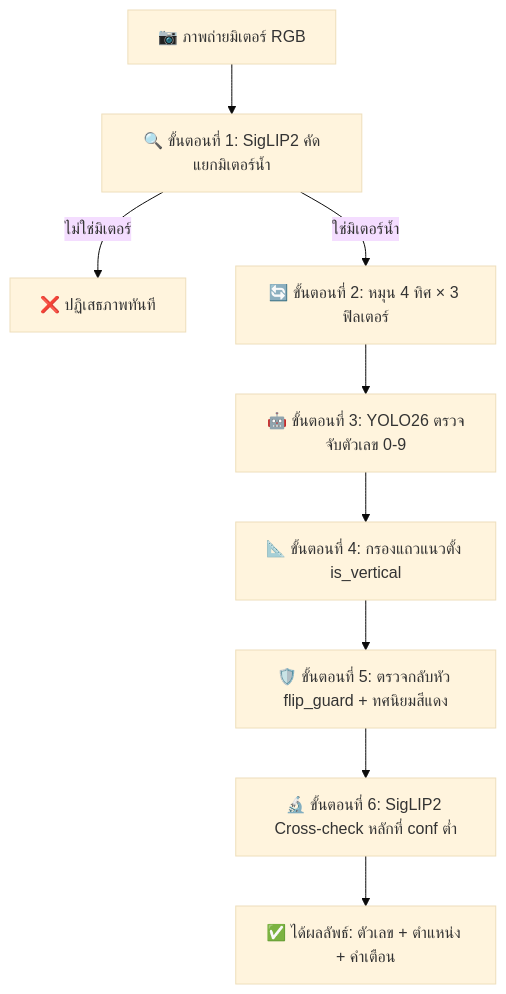
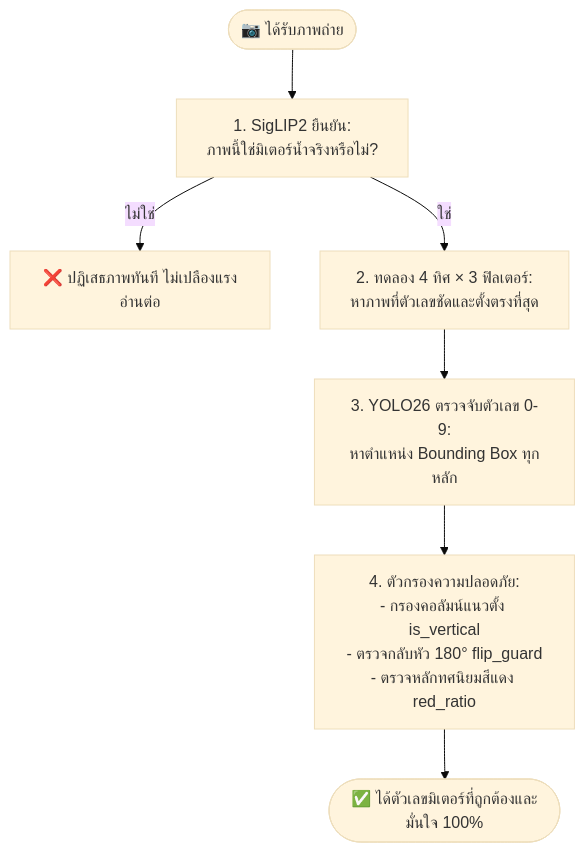
Before and after one commit to jirathxz/meter-reader: the diagram in TUTORIAL.md, drawn with Mermaid (base theme). The commit also changed other lines of this file, not shown here.

Commit message:
Revamp TUTORIAL.md: concept-first pedagogical structure, glossary, mental models, and step-by-step deconstruction

````diff
--- a/TUTORIAL.md
+++ b/TUTORIAL.md
@@ -9,11 +63,13 @@
 ```mermaid
 flowchart TD
-    A[📷 ภาพถ่ายมิเตอร์ RGB] --> B[🔍 ขั้นตอนที่ 1: SigLIP2 คัดแยกมิเตอร์น้ำ]
-    B -->|ไม่ใช่มิเตอร์| X[❌ ปฏิเสธภาพทันที]
-    B -->|ใช่มิเตอร์น้ำ| C[🔄 ขั้นตอนที่ 2: หมุน 4 ทิศ × 3 ฟิลเตอร์]
-    C --> D[🤖 ขั้นตอนที่ 3: YOLO26 ตรวจจับตัวเลข 0-9]
-    D --> E[📐 ขั้นตอนที่ 4: กรองแถวแนวตั้ง is_vertical]
-    E --> F[🛡️ ขั้นตอนที่ 5: ตรวจกลับหัว flip_guard + ทศนิยมสีแดง]
-    F --> G[🔬 ขั้นตอนที่ 6: SigLIP2 Cross-check หลักที่ conf ต่ำ]
-    G --> H[✅ ได้ผลลัพธ์: ตัวเลข + ตำแหน่ง + คำเตือน]
+    Start([📷 ได้รับภาพถ่าย]) --> Step1[1. SigLIP2 ยืนยัน:\nภาพนี้ใช่มิเตอร์น้ำจริงหรือไม่?]
+    
+    Step1 -->|ไม่ใช่| Reject[❌ ปฏิเสธภาพทันที ไม่เปลืองแรงอ่านต่อ]
+    Step1 -->|ใช่| Step2[2. ทดลอง 4 ทิศ × 3 ฟิลเตอร์:\nหาภาพที่ตัวเลขชัดและตั้งตรงที่สุด]
+    
+    Step2 --> Step3[3. YOLO26 ตรวจจับตัวเลข 0-9:\nหาตำแหน่ง Bounding Box ทุกหลัก]
+    
+    Step3 --> Step4[4. ตัวกรองความปลอดภัย:\n- กรองคอลัมน์แนวตั้ง is_vertical\n- ตรวจกลับหัว 180° flip_guard\n- ตรวจหลักทศนิยมสีแดง red_ratio]
+    
+    Step4 --> Output([✅ ได้ตัวเลขมิเตอร์ที่ถูกต้องและมั่นใจ 100%])
 ```
````
